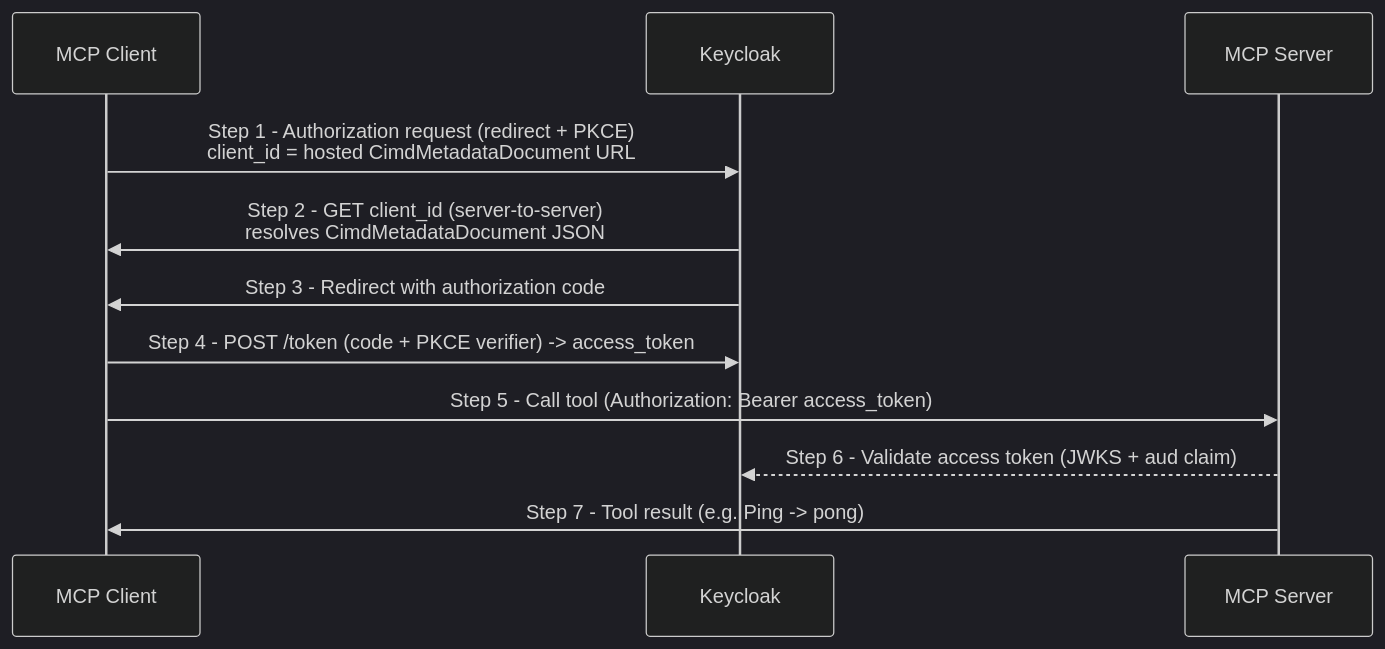
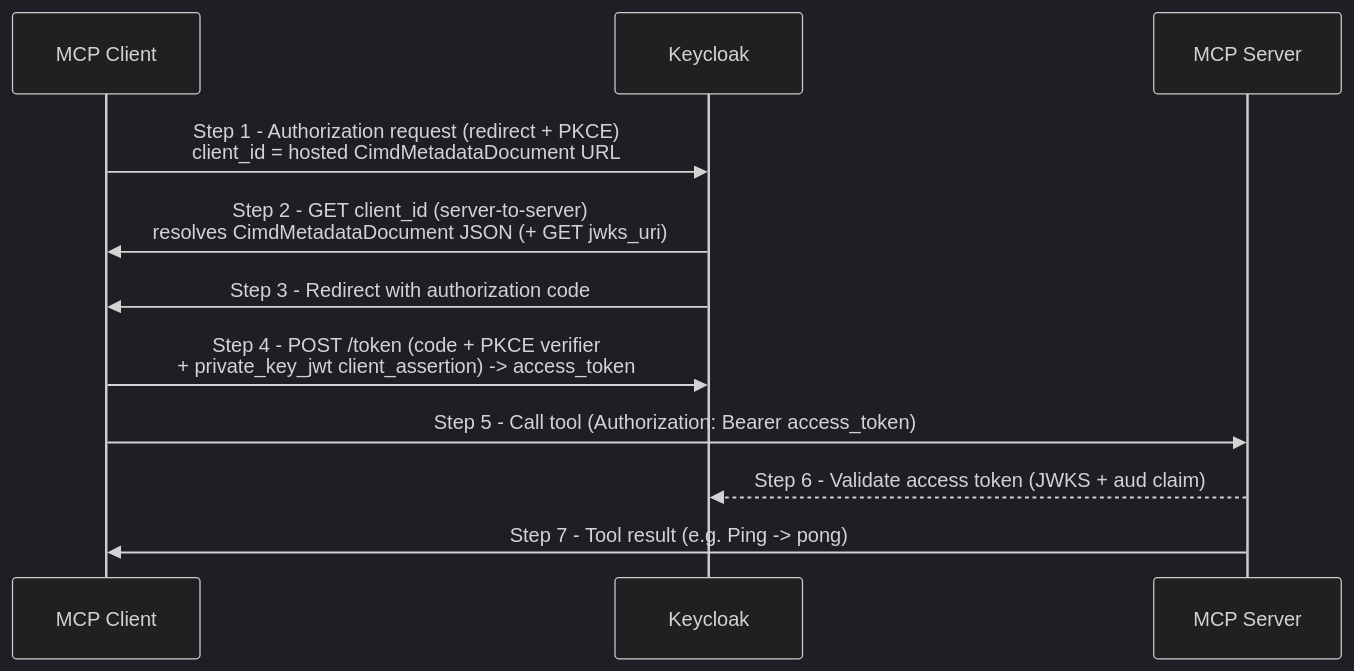
Before and after one commit to orlandodev/OpenID.MCPInterop: the second of 5 diagrams in docs/architecture.md, drawn with Mermaid (dark theme). The commit also changed other lines of this file and 26 other files, not shown here.

Commit message:
Updates to support private key JWT assertions when using CIMD.

````diff
--- a/docs/architecture.md
+++ b/docs/architecture.md
@@ -93,14 +100,14 @@
 ```mermaid
 sequenceDiagram
     participant Client as MCP Client
     participant Keycloak
     participant Server as MCP Server
 
     Client->>Keycloak: Step 1 - Authorization request (redirect + PKCE)<br/>client_id = hosted CimdMetadataDocument URL
-    Keycloak->>Client: Step 2 - GET client_id (server-to-server)<br/>resolves CimdMetadataDocument JSON
+    Keycloak->>Client: Step 2 - GET client_id (server-to-server)<br/>resolves CimdMetadataDocument JSON (+ GET jwks_uri)
     Keycloak->>Client: Step 3 - Redirect with authorization code
-    Client->>Keycloak: Step 4 - POST /token (code + PKCE verifier) -> access_token
+    Client->>Keycloak: Step 4 - POST /token (code + PKCE verifier<br/>+ private_key_jwt client_assertion) -> access_token
     Client->>Server: Step 5 - Call tool (Authorization: Bearer access_token)
     Server-->>Keycloak: Step 6 - Validate access token (JWKS + aud claim)
     Server->>Client: Step 7 - Tool result (e.g. Ping -> pong)
 ```
````
